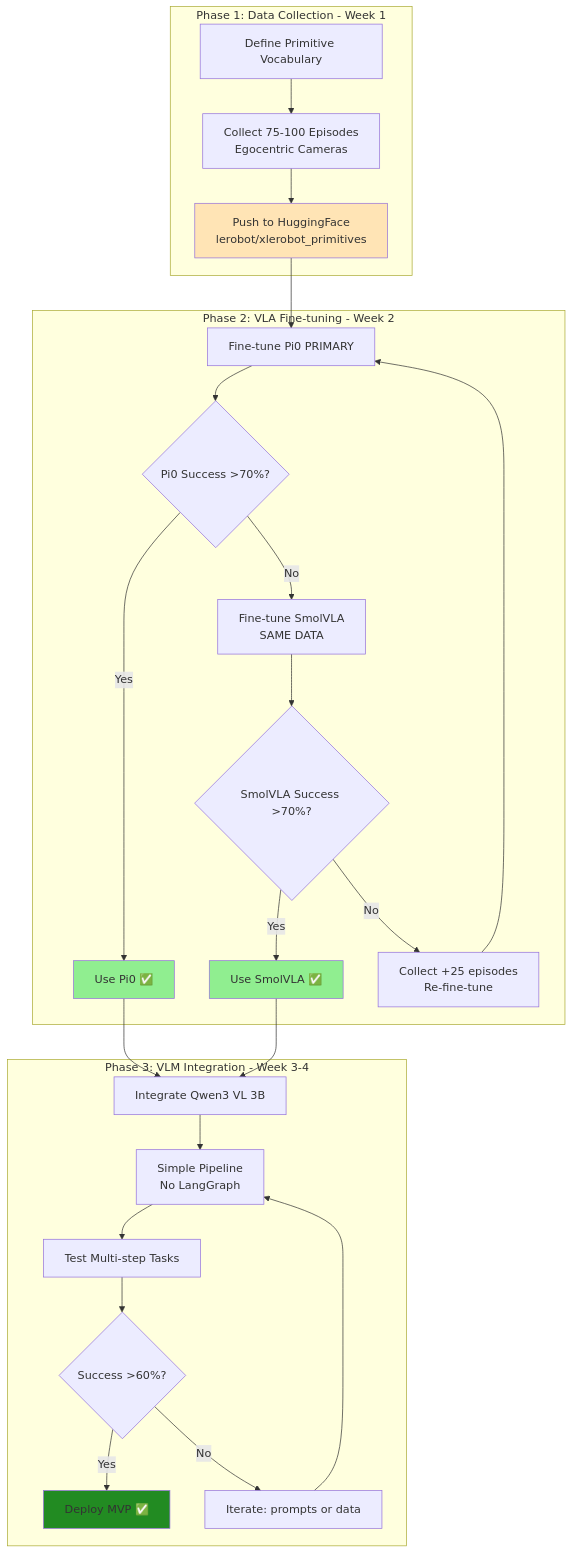
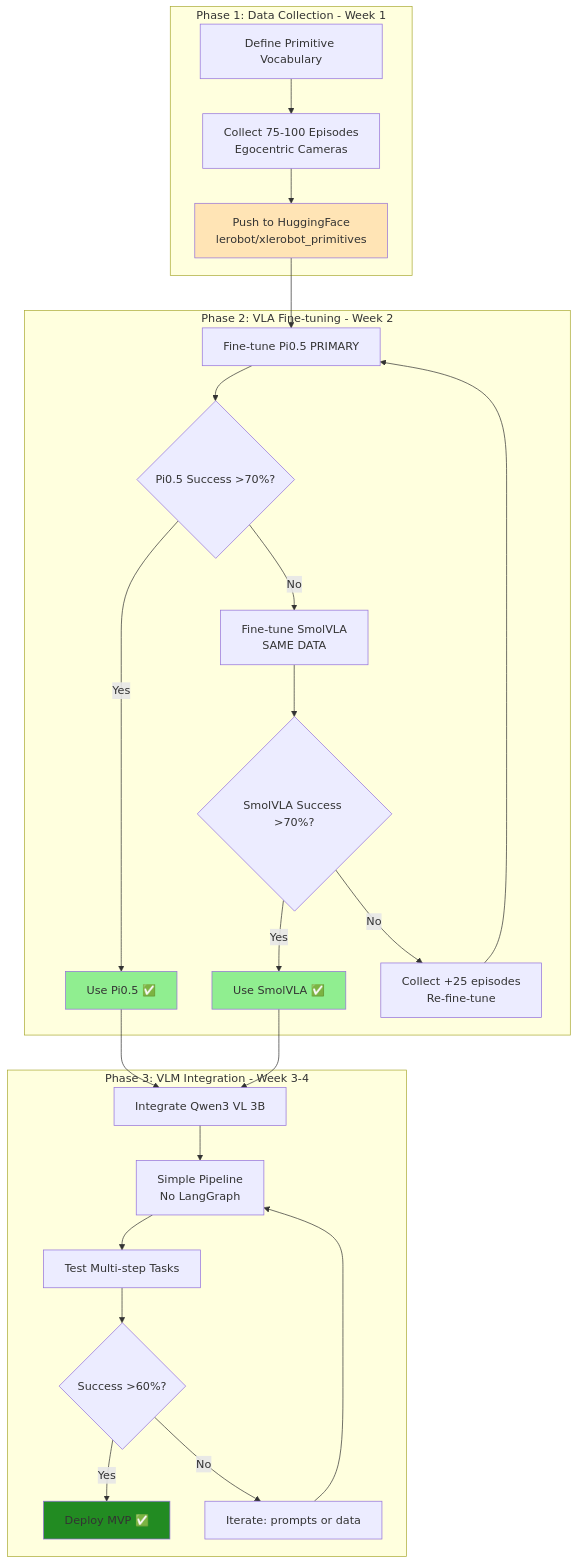
One commit to wellbeing18/XLeRobot changed the second of 2 diagrams in jdocs/top_level/VLM_VLA_FINETUNING_STRATEGY.md. Above: the diagram before and after it, drawn with Mermaid. The commit also changed other lines of this file and 21 other files, not shown here.

````diff
--- a/jdocs/top_level/VLM_VLA_FINETUNING_STRATEGY.md
+++ b/jdocs/top_level/VLM_VLA_FINETUNING_STRATEGY.md
@@ -652,35 +708,35 @@
 ```mermaid
 graph TB
     subgraph Phase1[Phase 1: Data Collection - Week 1]
         A1[Define Primitive Vocabulary] --> A2[Collect 75-100 Episodes<br/>Egocentric Cameras]
         A2 --> A3[Push to HuggingFace<br/>lerobot/xlerobot_primitives]
     end
 
     subgraph Phase2[Phase 2: VLA Fine-tuning - Week 2]
-        B1[Fine-tune Pi0 PRIMARY] --> B2{Pi0 Success >70%?}
-        B2 -->|Yes| B3[Use Pi0 ✅]
+        B1[Fine-tune Pi0.5 PRIMARY] --> B2{Pi0.5 Success >70%?}
+        B2 -->|Yes| B3[Use Pi0.5 ✅]
         B2 -->|No| B4[Fine-tune SmolVLA<br/>SAME DATA]
         B4 --> B5{SmolVLA Success >70%?}
         B5 -->|Yes| B6[Use SmolVLA ✅]
         B5 -->|No| B7[Collect +25 episodes<br/>Re-fine-tune]
     end
 
     subgraph Phase3[Phase 3: VLM Integration - Week 3-4]
         C1[Integrate Qwen3 VL 3B] --> C2[Simple Pipeline<br/>No LangGraph]
         C2 --> C3[Test Multi-step Tasks]
         C3 --> C4{Success >60%?}
         C4 -->|Yes| C5[Deploy MVP ✅]
         C4 -->|No| C6[Iterate: prompts or data]
     end
 
     A3 --> B1
     B3 --> C1
     B6 --> C1
     B7 --> B1
     C6 --> C2
 
     style A3 fill:#FFE4B5
     style B3 fill:#90EE90
     style B6 fill:#90EE90
     style C5 fill:#228B22
 ```
````
